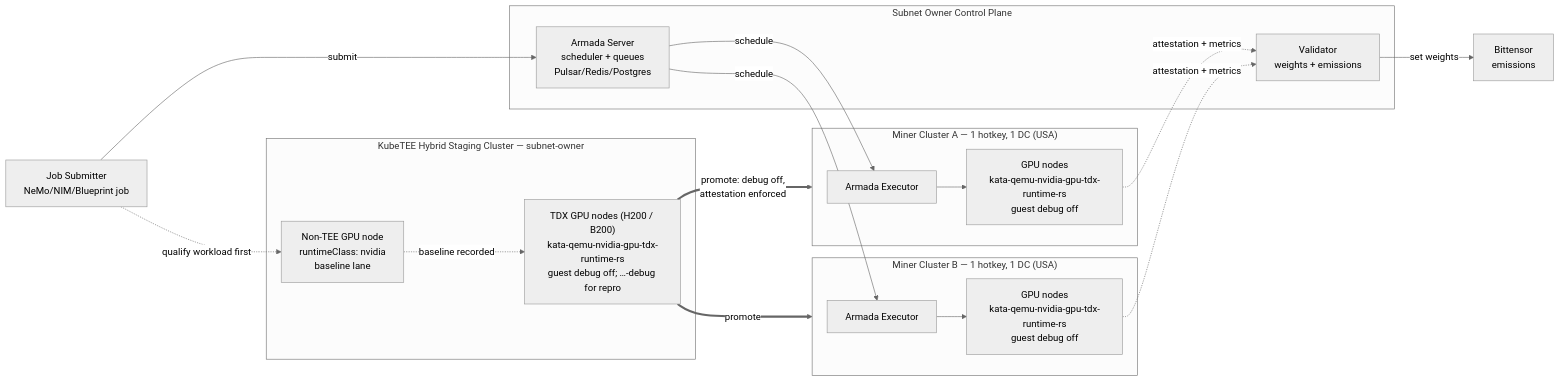
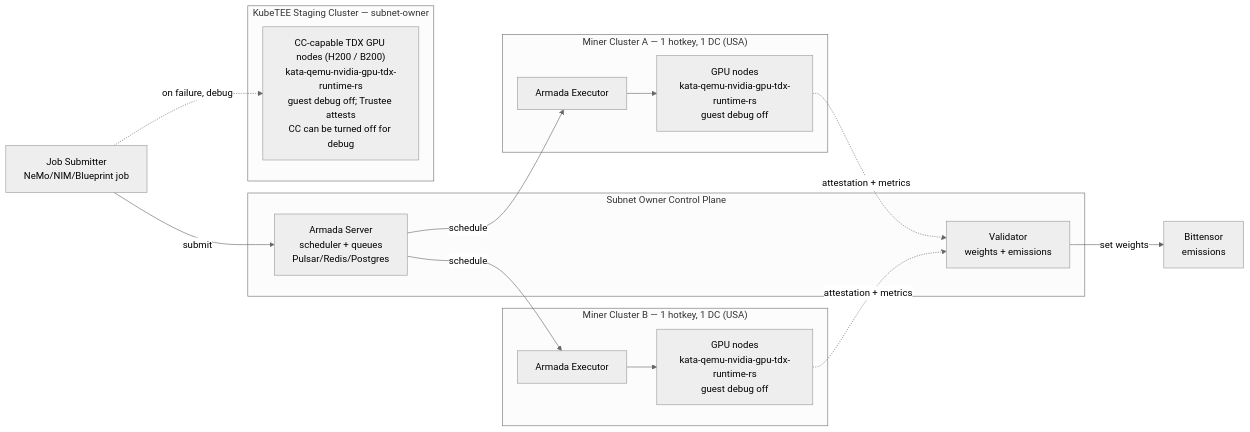
One commit to KubeTEE-AI/kubetee-subnet changed the second of 3 diagrams in README.md. Above: the diagram before and after it, drawn with Mermaid (neutral theme). The commit also changed other lines of this file and 5 other files, not shown here.

First line of the commit message:
docs(subnet): staging is CC-capable debug target, not a promotion lane

````diff
--- a/README.md
+++ b/README.md
@@ -307,31 +292,27 @@
 ```mermaid
 flowchart LR
     subgraph owner["Subnet Owner Control Plane"]
         Validator["Validator\nweights + emissions"]
         ArmadaServer["Armada Server\nscheduler + queues\nPulsar/Redis/Postgres"]
     end
-    subgraph staging["KubeTEE Hybrid Staging Cluster — subnet-owner"]
-        NodeNonTEE["Non-TEE GPU node\nruntimeClass: nvidia\nbaseline lane"]
-        NodeTEE["TDX GPU nodes (H200 / B200)<br/>kata-qemu-nvidia-gpu-tdx-runtime-rs<br/>guest debug off; …-debug for repro"]
+    subgraph staging["KubeTEE Staging Cluster — subnet-owner"]
+        NodeTEE["CC-capable TDX GPU nodes (H200 / B200)<br/>kata-qemu-nvidia-gpu-tdx-runtime-rs<br/>guest debug off; Trustee attests<br/>CC can be turned off for debug"]
     end
     subgraph clusterA["Miner Cluster A — 1 hotkey, 1 DC (USA)"]
         ExecA["Armada Executor"]
         NodeA["GPU nodes\nkata-qemu-nvidia-gpu-tdx-runtime-rs\nguest debug off"]
     end
     subgraph clusterB["Miner Cluster B — 1 hotkey, 1 DC (USA)"]
         ExecB["Armada Executor"]
         NodeB["GPU nodes\nkata-qemu-nvidia-gpu-tdx-runtime-rs\nguest debug off"]
     end
     Client["Job Submitter\nNeMo/NIM/Blueprint job"] -->|submit| ArmadaServer
-    Client -.->|"qualify workload first"| NodeNonTEE
-    NodeNonTEE -.->|"baseline recorded"| NodeTEE
-    NodeTEE == "promote: debug off,\nattestation enforced" ==> clusterA
-    NodeTEE == "promote" ==> clusterB
+    Client -.->|"on failure, debug"| NodeTEE
     ArmadaServer -->|schedule| ExecA
     ArmadaServer -->|schedule| ExecB
     ExecA --> NodeA
     ExecB --> NodeB
     NodeA -.->|attestation + metrics| Validator
     NodeB -.->|attestation + metrics| Validator
     Validator -->|set weights| Chain["Bittensor\nemissions"]
 ```
````
